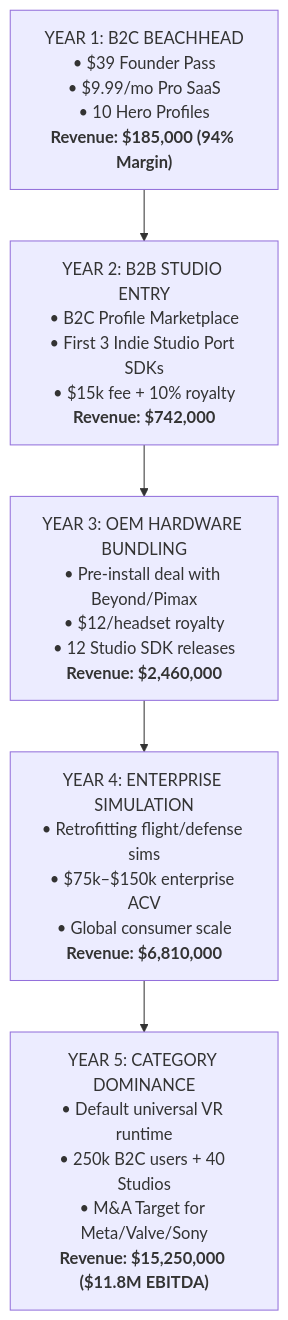
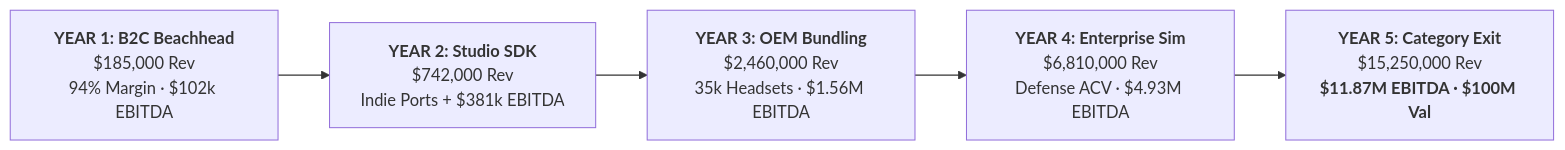
Before and after one commit to sathishssj3/NexVR-Engine: the diagram in nexvr-strategy/06-financial/5-year-money-flow.md, drawn with Mermaid. The commit also changed 2 other files, not shown here.

Commit message:
style: convert vertical mermaid diagrams to widescreen flowchart LR and add full-width summary table

````diff
--- a/nexvr-strategy/06-financial/5-year-money-flow.md
+++ b/nexvr-strategy/06-financial/5-year-money-flow.md
@@ -16,11 +16,8 @@
 ```mermaid
-graph TD
-    Y1["YEAR 1: B2C BEACHHEAD<br/>• $39 Founder Pass<br/>• $9.99/mo Pro SaaS<br/>• 10 Hero Profiles<br/><b>Revenue: $185,000 (94% Margin)</b>"]
-    --> Y2["YEAR 2: B2B STUDIO ENTRY<br/>• B2C Profile Marketplace<br/>• First 3 Indie Studio Port SDKs<br/>• $15k fee + 10% royalty<br/><b>Revenue: $742,000</b>"]
-    
-    Y2 --> Y3["YEAR 3: OEM HARDWARE BUNDLING<br/>• Pre-install deal with Beyond/Pimax<br/>• $12/headset royalty<br/>• 12 Studio SDK releases<br/><b>Revenue: $2,460,000</b>"]
-    
-    Y3 --> Y4["YEAR 4: ENTERPRISE SIMULATION<br/>• Retrofitting flight/defense sims<br/>• $75k–$150k enterprise ACV<br/>• Global consumer scale<br/><b>Revenue: $6,810,000</b>"]
-    
-    Y4 --> Y5["YEAR 5: CATEGORY DOMINANCE<br/>• Default universal VR runtime<br/>• 250k B2C users + 40 Studios<br/>• M&A Target for Meta/Valve/Sony<br/><b>Revenue: $15,250,000 ($11.8M EBITDA)</b>"]
+flowchart LR
+    Y1["<b>YEAR 1: B2C Beachhead</b><br/>$185,000 Rev<br/>94% Margin · $102k EBITDA"]
+    --> Y2["<b>YEAR 2: Studio SDK</b><br/>$742,000 Rev<br/>Indie Ports + $381k EBITDA"]
+    --> Y3["<b>YEAR 3: OEM Bundling</b><br/>$2,460,000 Rev<br/>35k Headsets · $1.56M EBITDA"]
+    --> Y4["<b>YEAR 4: Enterprise Sim</b><br/>$6,810,000 Rev<br/>Defense ACV · $4.93M EBITDA"]
+    --> Y5["<b>YEAR 5: Category Exit</b><br/>$15,250,000 Rev<br/><b>$11.87M EBITDA · $100M Val</b>"]
 ```
````
